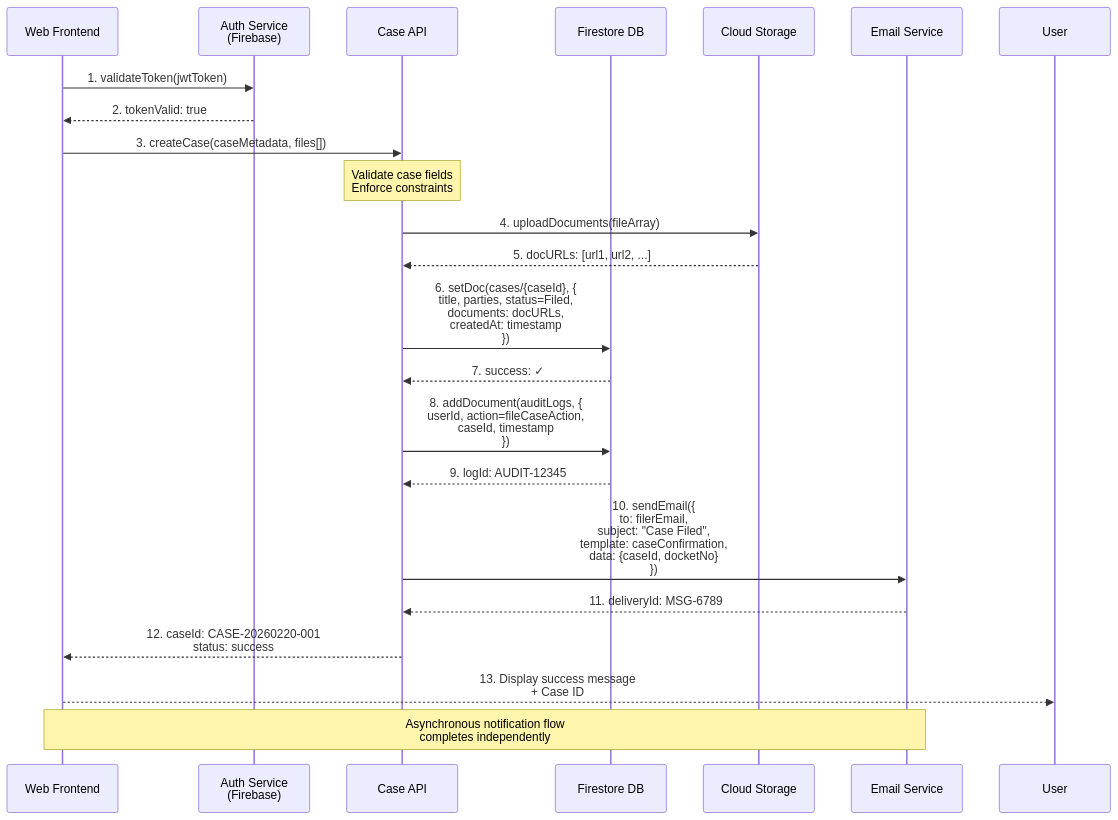
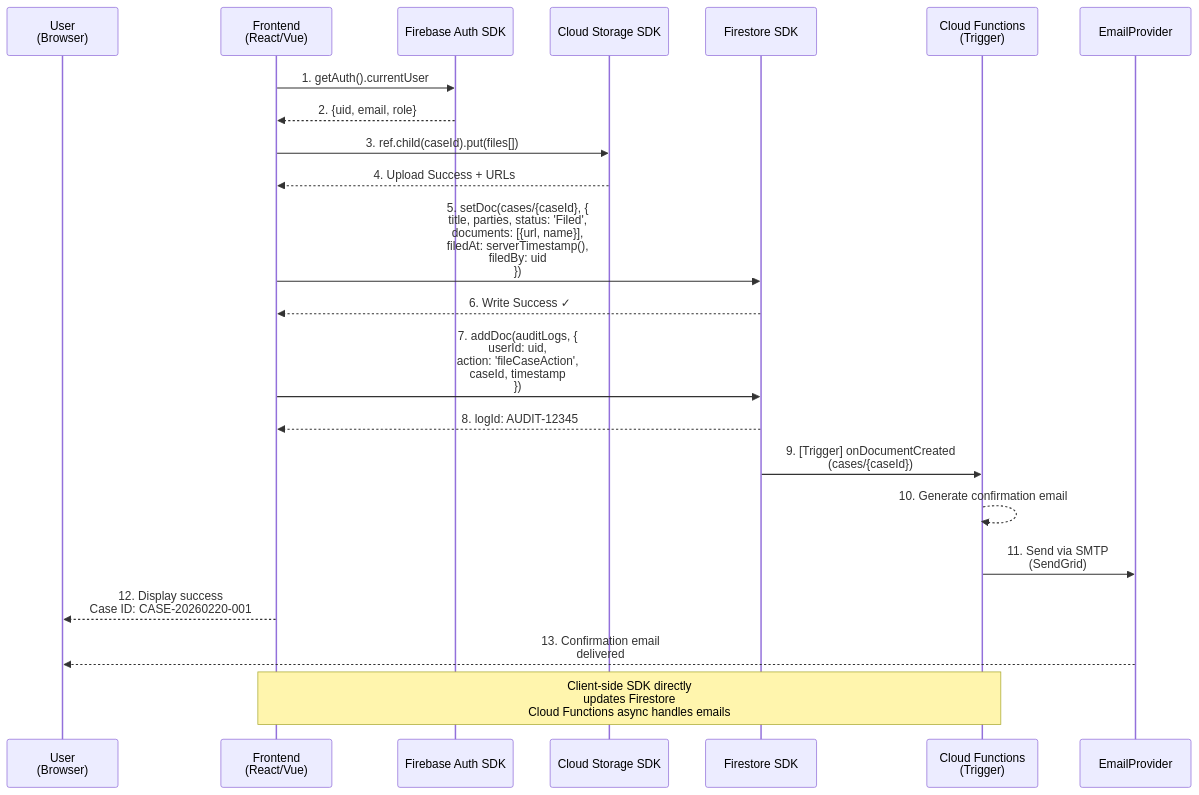
Diagram 12 of 18 in CCMS_DOCUMENTATION_ACADEMIC.md (sandy845/Court-case-MS), drawn with Mermaid before and after one commit. The commit also changed other lines of this file, not shown here.

````diff
--- a/CCMS_DOCUMENTATION_ACADEMIC.md
+++ b/CCMS_DOCUMENTATION_ACADEMIC.md
@@ -947,32 +971,30 @@
 ```mermaid
 sequenceDiagram
-    participant FrontEnd as Web Frontend
-    participant AuthSvc as Auth Service<br/>(Firebase)
-    participant CaseAPI as Case API
-    participant Firestore as Firestore DB
-    participant CloudStore as Cloud Storage
-    participant EmailSvc as Email Service
+    participant User as User<br/>(Browser)
+    participant FrontEnd as Frontend<br/>(React/Vue)
+    participant AuthSDK as Firebase Auth SDK
+    participant CloudStore as Cloud Storage SDK
+    participant Firestore as Firestore SDK
+    participant CloudFunc as Cloud Functions<br/>(Trigger)
     
-    FrontEnd->>AuthSvc: 1. validateToken(jwtToken)
-    AuthSvc-->>FrontEnd: 2. tokenValid: true
+    FrontEnd->>AuthSDK: 1. getAuth().currentUser
+    AuthSDK-->>FrontEnd: 2. {uid, email, role}
     
-    FrontEnd->>CaseAPI: 3. createCase(caseMetadata, files[])
-    Note over CaseAPI: Validate case fields<br/>Enforce constraints
+    FrontEnd->>CloudStore: 3. ref.child(caseId).put(files[])
+    CloudStore-->>FrontEnd: 4. Upload Success + URLs
     
-    CaseAPI->>CloudStore: 4. uploadDocuments(fileArray)
-    CloudStore-->>CaseAPI: 5. docURLs: [url1, url2, ...]
+    FrontEnd->>Firestore: 5. setDoc(cases/{caseId}, {<br/>title, parties, status: 'Filed',<br/>documents: [{url, name}],<br/>filedAt: serverTimestamp(),<br/>filedBy: uid<br/>})
+    Firestore-->>FrontEnd: 6. Write Success ✓
     
-    CaseAPI->>Firestore: 6. setDoc(cases/{caseId}, {<br/>title, parties, status=Filed,<br/>documents: docURLs,<br/>createdAt: timestamp<br/>})
-    Firestore-->>CaseAPI: 7. success: ✓
+    FrontEnd->>Firestore: 7. addDoc(auditLogs, {<br/>userId: uid,<br/>action: 'fileCaseAction',<br/>caseId, timestamp<br/>})
+    Firestore-->>FrontEnd: 8. logId: AUDIT-12345
     
-    CaseAPI->>Firestore: 8. addDocument(auditLogs, {<br/>userId, action=fileCaseAction,<br/>caseId, timestamp<br/>})
-    Firestore-->>CaseAPI: 9. logId: AUDIT-12345
+    Firestore->>CloudFunc: 9. [Trigger] onDocumentCreated<br/>(cases/{caseId})
+    CloudFunc-->>CloudFunc: 10. Generate confirmation email
+    CloudFunc->>EmailProvider: 11. Send via SMTP<br/>(SendGrid)
     
-    CaseAPI->>EmailSvc: 10. sendEmail({<br/>to: filerEmail,<br/>subject: "Case Filed",<br/>template: caseConfirmation,<br/>data: {caseId, docketNo}<br/>})
-    EmailSvc-->>CaseAPI: 11. deliveryId: MSG-6789
+    FrontEnd-->>User: 12. Display success<br/>Case ID: CASE-20260220-001
+    EmailProvider-->>User: 13. Confirmation email<br/>delivered
     
-    CaseAPI-->>FrontEnd: 12. caseId: CASE-20260220-001<br/>status: success
-    FrontEnd-->>User: 13. Display success message<br/>+ Case ID
-    
-    Note over FrontEnd,EmailSvc: Asynchronous notification flow<br/>completes independently
+    Note over FrontEnd,CloudFunc: Client-side SDK directly<br/>updates Firestore<br/>Cloud Functions async handles emails
 ```
````
